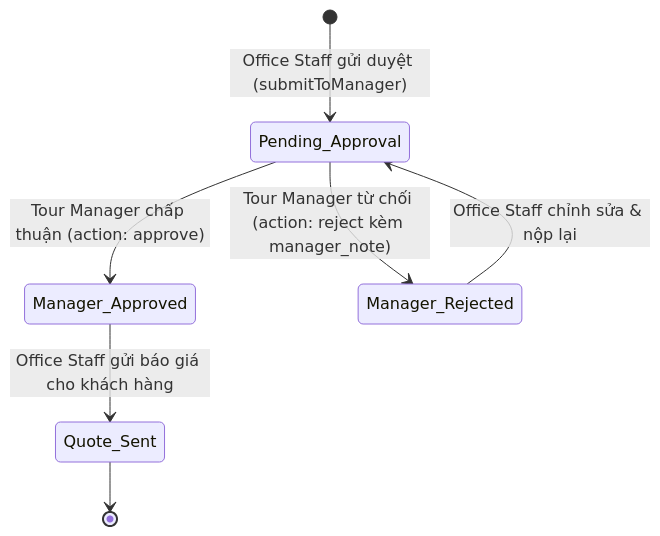
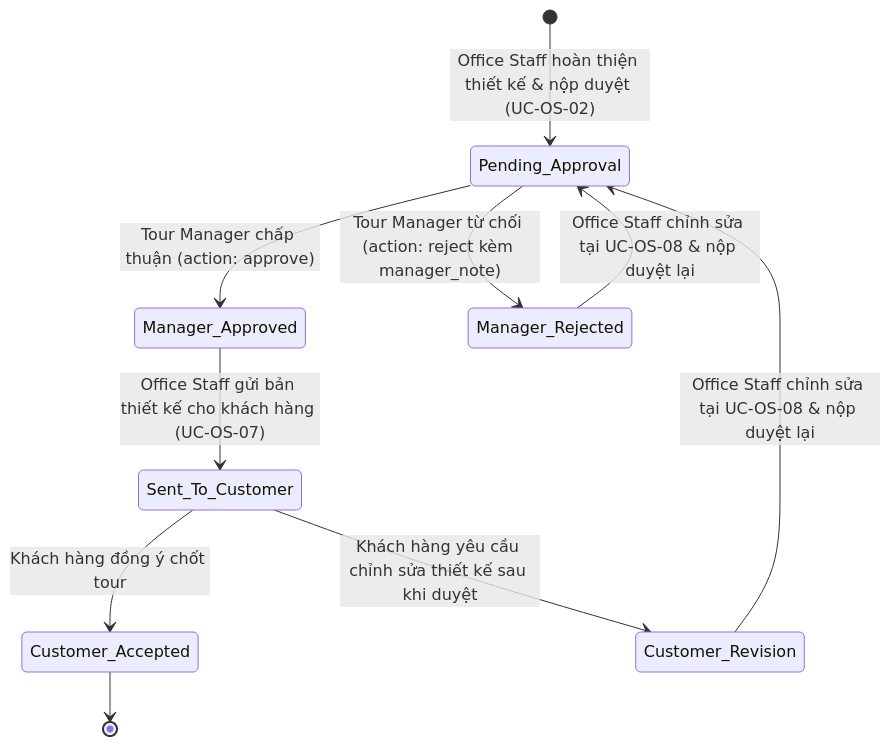
Before and after one commit to trankienquoc14/travel-management-system: the first of 4 diagrams in docs/use-cases/tour-manager/tour-manager-use-case-analysis.md, drawn with Mermaid. The commit also changed other lines of this file and 20 other files, not shown here.

````diff
--- a/docs/use-cases/tour-manager/tour-manager-use-case-analysis.md
+++ b/docs/use-cases/tour-manager/tour-manager-use-case-analysis.md
@@ -157,9 +158,12 @@
 ```mermaid
 stateDiagram-v2
-    [*] --> Pending_Approval: Office Staff gửi duyệt (submitToManager)
+    [*] --> Pending_Approval: Office Staff hoàn thiện thiết kế & nộp duyệt (UC-OS-02)
     Pending_Approval --> Manager_Approved: Tour Manager chấp thuận (action: approve)
     Pending_Approval --> Manager_Rejected: Tour Manager từ chối (action: reject kèm manager_note)
-    Manager_Rejected --> Pending_Approval: Office Staff chỉnh sửa & nộp lại
-    Manager_Approved --> Quote_Sent: Office Staff gửi báo giá cho khách hàng
-    Quote_Sent --> [*]
+    Manager_Rejected --> Pending_Approval: Office Staff chỉnh sửa tại UC-OS-08 & nộp duyệt lại
+    Manager_Approved --> Sent_To_Customer: Office Staff gửi bản thiết kế cho khách hàng (UC-OS-07)
+    Sent_To_Customer --> Customer_Accepted: Khách hàng đồng ý chốt tour
+    Sent_To_Customer --> Customer_Revision: Khách hàng yêu cầu chỉnh sửa thiết kế sau khi duyệt
+    Customer_Revision --> Pending_Approval: Office Staff chỉnh sửa tại UC-OS-08 & nộp duyệt lại
+    Customer_Accepted --> [*]
 ```
````
